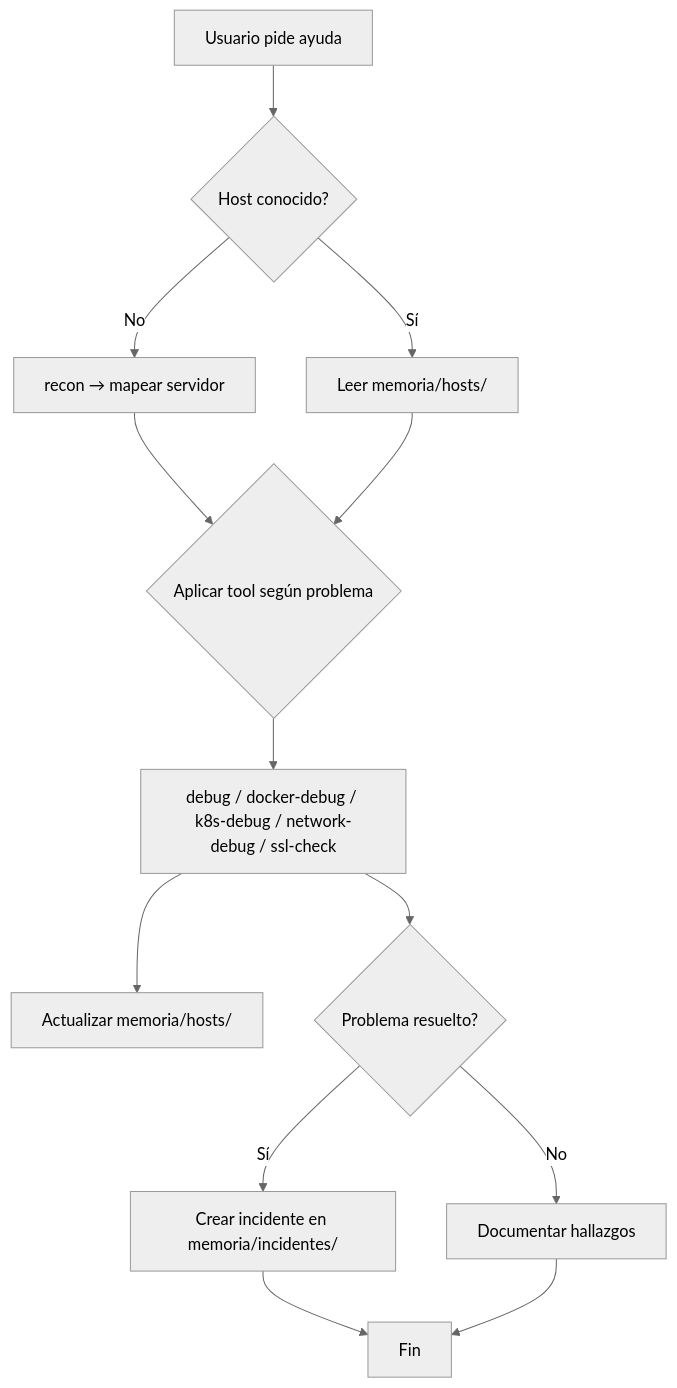
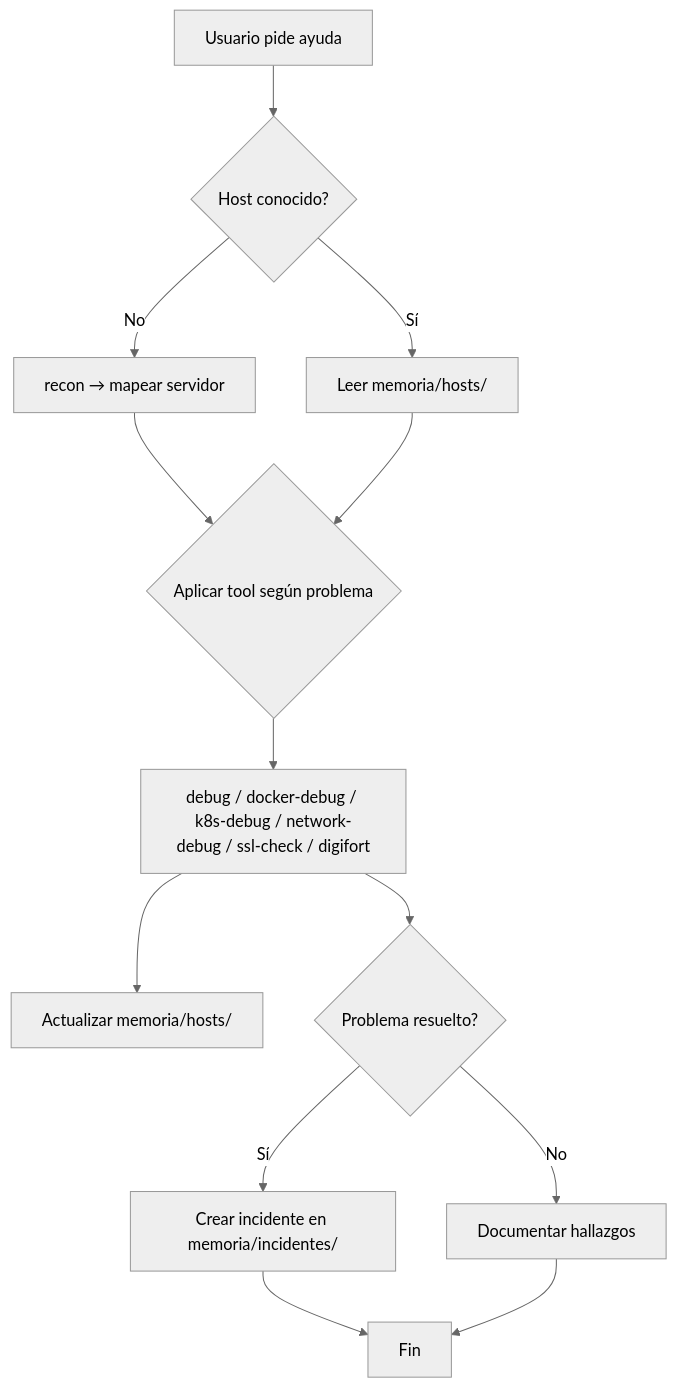
One commit to 4h1g4L0w4/Sysadmin-AI-Ecosystem changed the diagram in README.md. Above: the diagram before and after it, drawn with Mermaid (neutral theme). The commit also changed other lines of this file, not shown here.

Commit message:
Add Digifort status api

````diff
--- a/README.md
+++ b/README.md
@@ -222,15 +245,15 @@
 ```mermaid
 graph TD
     A[Usuario pide ayuda] --> B{Host conocido?}
     B -->|No| C[recon → mapear servidor]
     B -->|Sí| D[Leer memoria/hosts/]
     C --> E{Aplicar tool según problema}
     D --> E
-    E --> F[debug / docker-debug / k8s-debug / network-debug / ssl-check]
+    E --> F[debug / docker-debug / k8s-debug / network-debug / ssl-check / digifort]
     F --> G[Actualizar memoria/hosts/]
     F --> H{Problema resuelto?}
     H -->|Sí| I[Crear incidente en memoria/incidentes/]
     H -->|No| J[Documentar hallazgos]
     I --> K[Fin]
     J --> K
 ```
````
